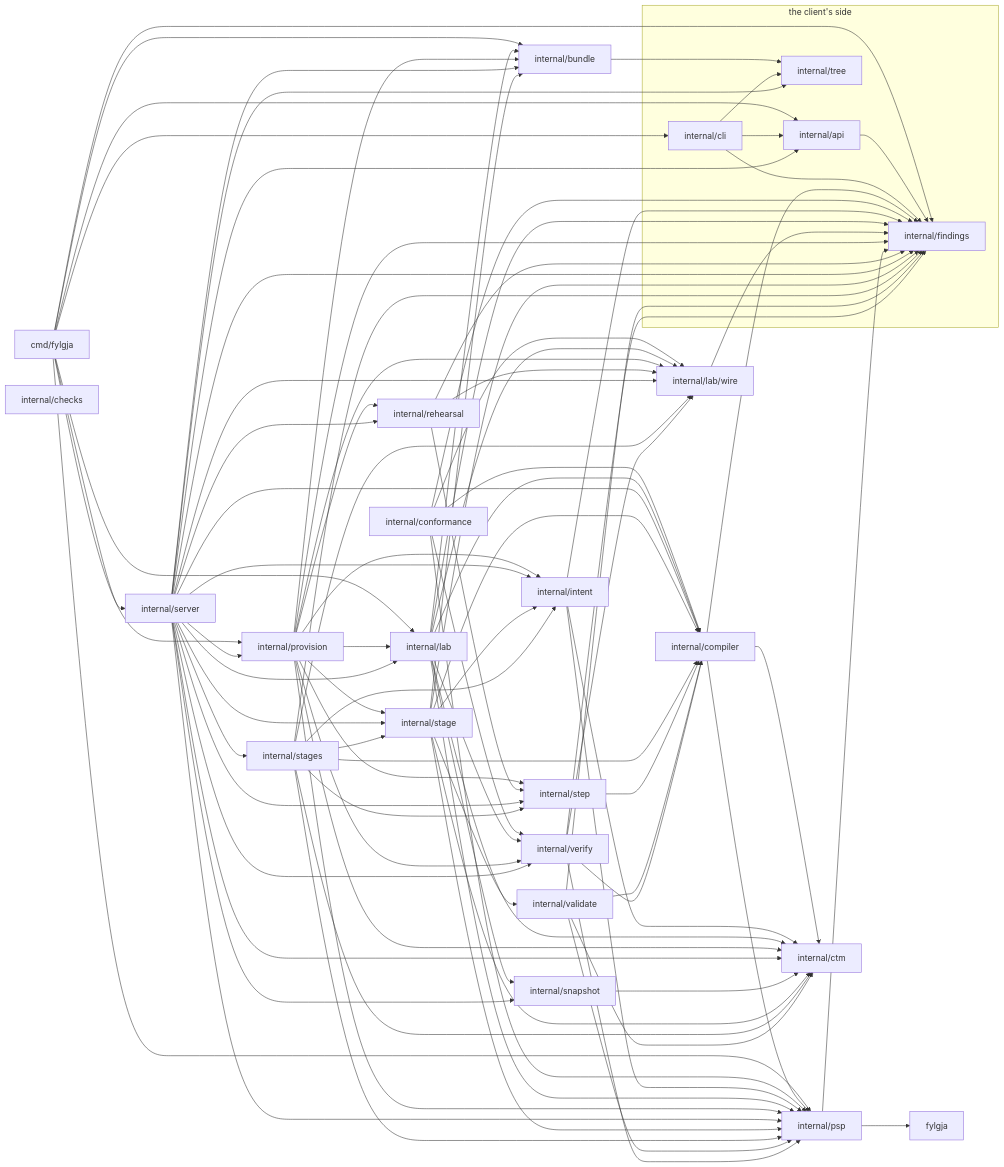
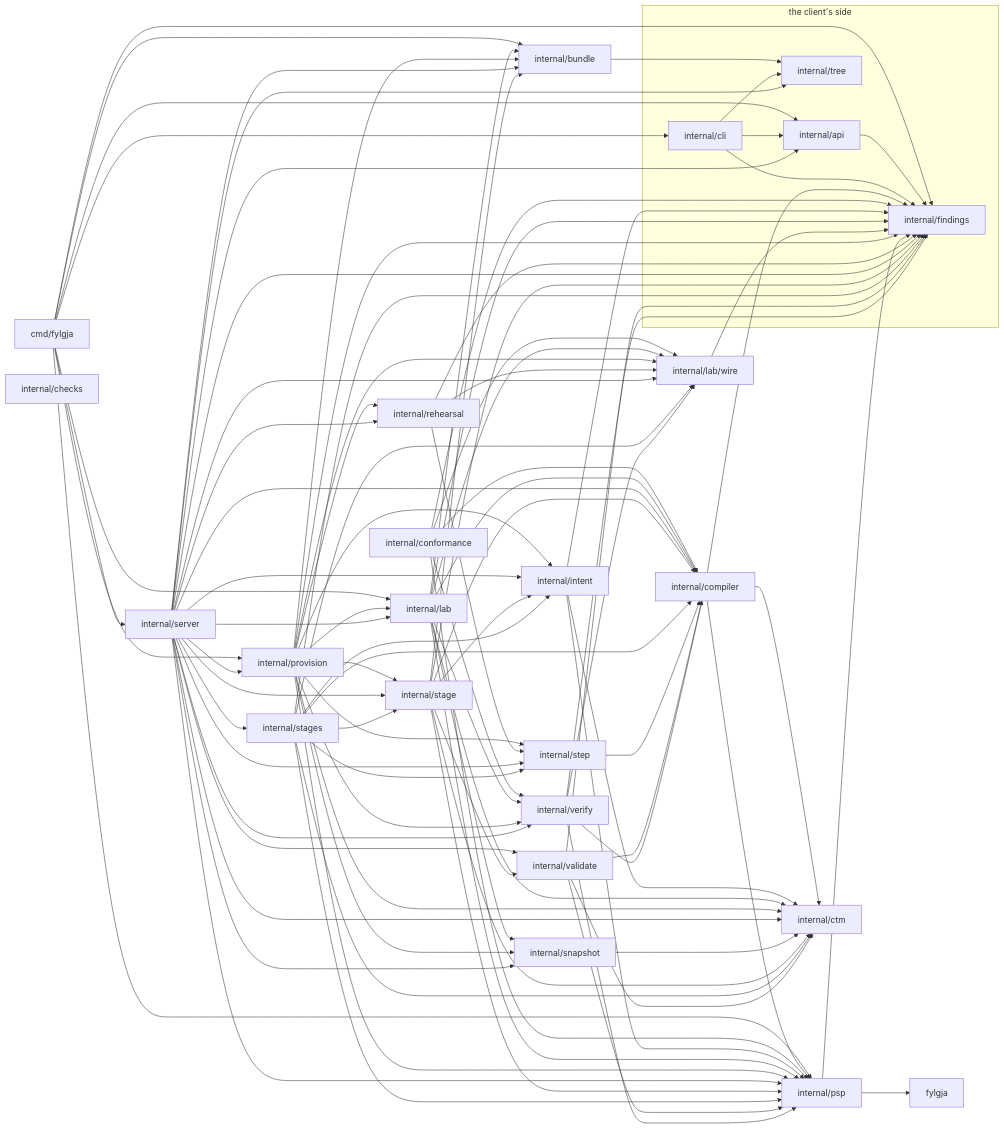
One commit to happypathnetworking/fylgja changed the diagram in docs/development.md. Above: the diagram before and after it, drawn with Mermaid. The commit also changed 10 other files, not shown here.

```diff
--- a/docs/development.md
+++ b/docs/development.md
@@ -483,6 +483,7 @@
     internal_provision --> internal_lab_wire
     internal_provision --> internal_psp
     internal_provision --> internal_rehearsal
+    internal_provision --> internal_snapshot
     internal_provision --> internal_stage
     internal_provision --> internal_step
     internal_provision --> internal_verify
@@ -507,6 +508,7 @@
     internal_server --> internal_stages
     internal_server --> internal_step
     internal_server --> internal_tree
+    internal_server --> internal_validate
     internal_server --> internal_verify
     internal_snapshot --> internal_ctm
     internal_stage --> internal_bundle
```
